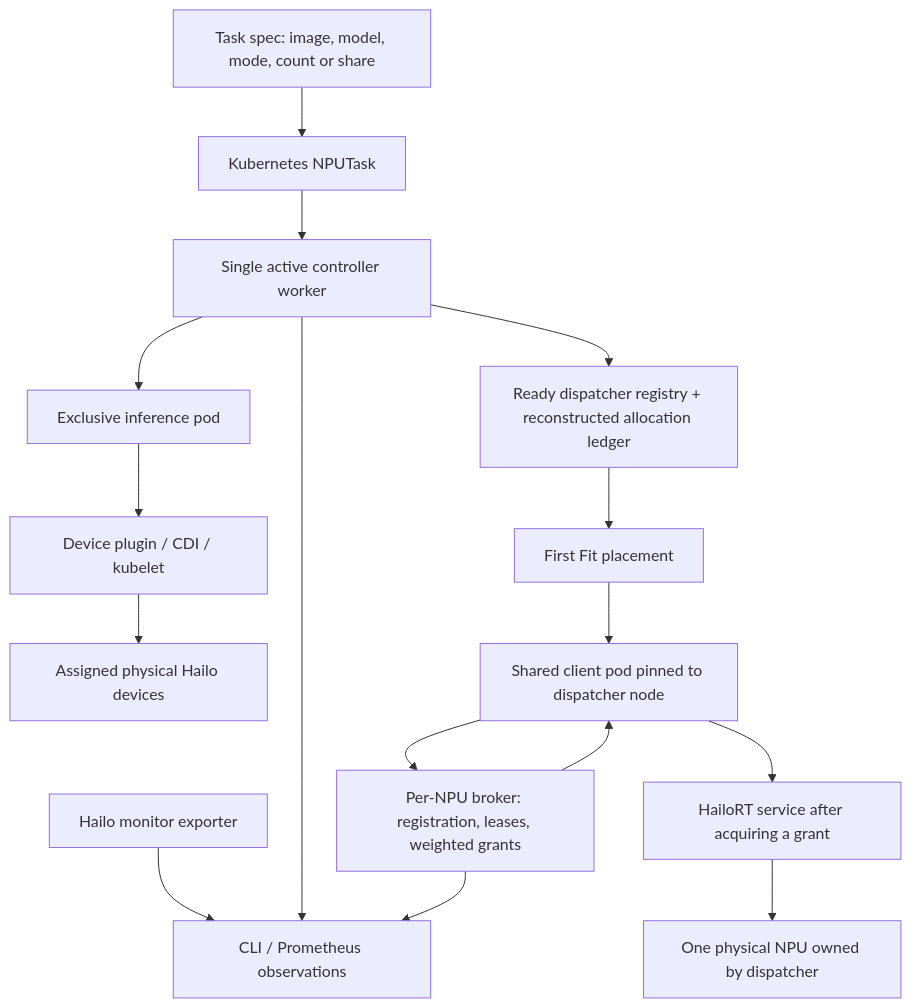
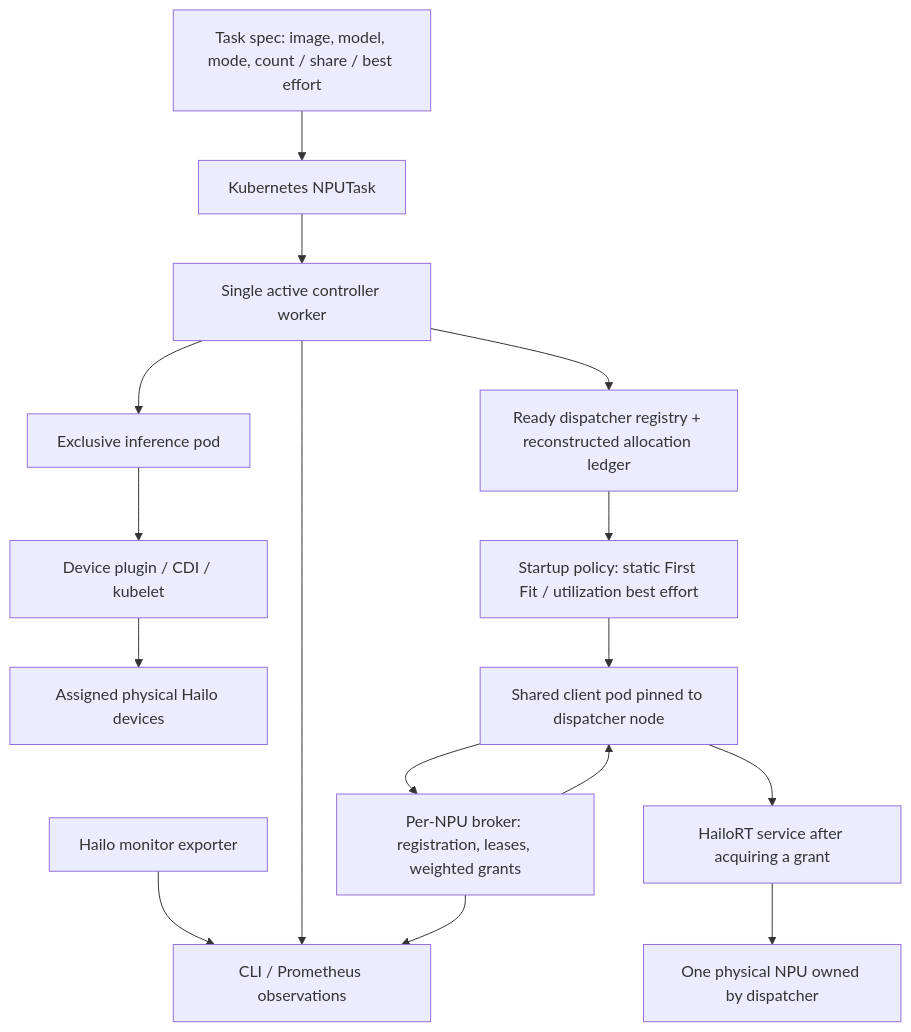
The first of 3 diagrams in SYSTEM_MODEL.md (SNU-RTOS/osh_demo), drawn with Mermaid before and after one commit. The commit also changed other lines of this file and 34 other files, not shown here.

Commit message:
Add switchable best-effort NPU admission and reproduction guide

````diff
--- a/SYSTEM_MODEL.md
+++ b/SYSTEM_MODEL.md
@@ -12,18 +12,18 @@
 ```mermaid
 flowchart TB
-    User[Task spec: image, model, mode, count or share] --> API[Kubernetes NPUTask]
+    User[Task spec: image, model, mode, count / share / best effort] --> API[Kubernetes NPUTask]
     API --> Controller[Single active controller worker]
     Controller --> Exclusive[Exclusive inference pod]
     Exclusive --> Plugin[Device plugin / CDI / kubelet]
     Plugin --> Device[Assigned physical Hailo devices]
     Controller --> Ledger[Ready dispatcher registry + reconstructed allocation ledger]
-    Ledger --> Placement[First Fit placement]
+    Ledger --> Placement[Startup policy: static First Fit / utilization best effort]
     Placement --> Client[Shared client pod pinned to dispatcher node]
     Client --> Broker[Per-NPU broker: registration, leases, weighted grants]
     Client --> Service[HailoRT service after acquiring a grant]
     Broker --> Client
     Service --> OneNPU[One physical NPU owned by dispatcher]
     Monitor[Hailo monitor exporter] --> Metrics[CLI / Prometheus observations]
     Controller --> Metrics
     Broker --> Metrics
 ```
````
